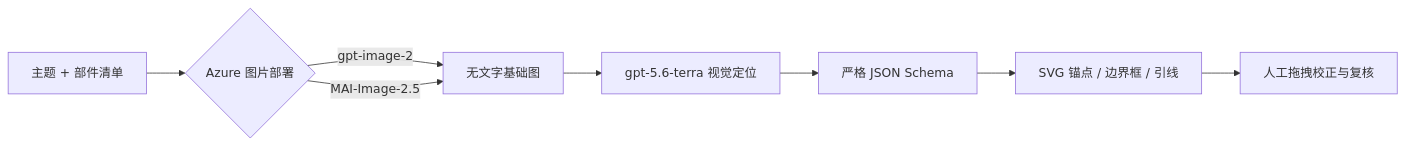
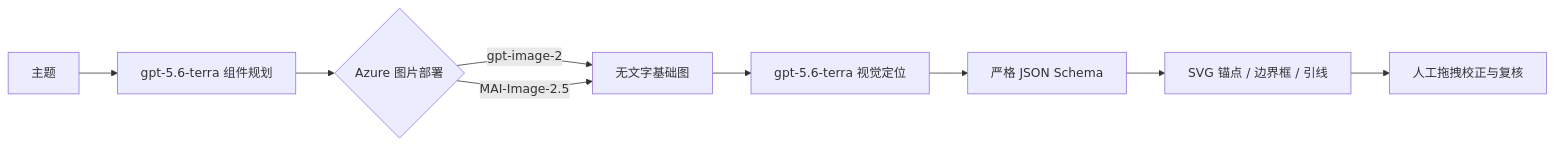
The diagram in README.md (huangyingting/Figure), drawn with Mermaid before and after one commit. The commit also changed other lines of this file and 19 other files, not shown here.

Commit message:
Redesign automatic figure generation workflow

````diff
--- a/README.md
+++ b/README.md
@@ -5,10 +5,11 @@
 ```mermaid
 flowchart LR
-  A[主题 + 部件清单] --> B{Azure 图片部署}
+  A[主题] --> P[gpt-5.6-terra 组件规划]
+  P --> B{Azure 图片部署}
   B -->|gpt-image-2| C[无文字基础图]
   B -->|MAI-Image-2.5| C
   C --> D[gpt-5.6-terra 视觉定位]
   D --> E[严格 JSON Schema]
   E --> F[SVG 锚点 / 边界框 / 引线]
   F --> G[人工拖拽校正与复核]
 ```
````
